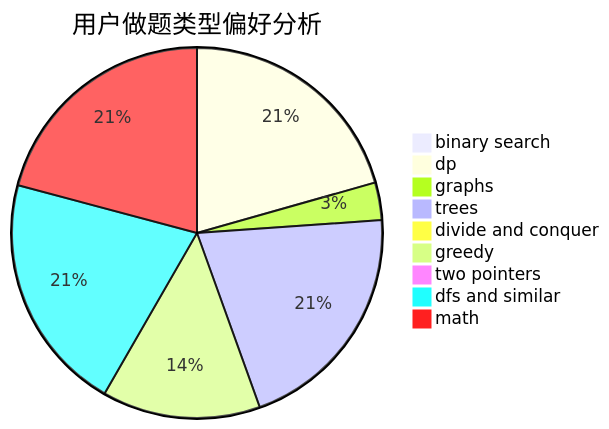
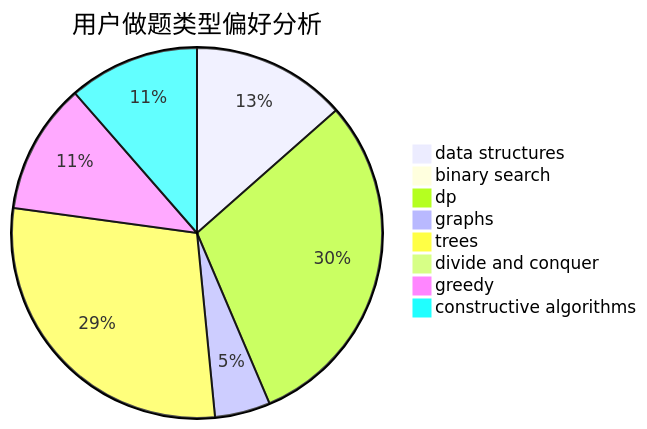
Before and after one commit to sherpahu/cfrs.github.io: the second of 3 diagrams in docs/user/u2204.md, drawn with Mermaid. The commit also changed other lines of this file and 2775 other files, not shown here.

````diff
--- a/docs/user/u2204.md
+++ b/docs/user/u2204.md
@@ -23,12 +23,11 @@
 ```mermaid
 pie title 用户做题类型偏好分析
+    "data structures" :  39
     "binary search" :  0
-    "dp" :  88
+    "dp" :  87
     "graphs" :  14
-    "trees" :  88
+    "trees" :  83
     "divide and conquer" :  0
-    "greedy" :  59
-    "two pointers" :  0
-    "dfs and similar" :  89
-    "math" :  89
+    "greedy" :  33
+    "constructive algorithms" :  33
 ```
````
